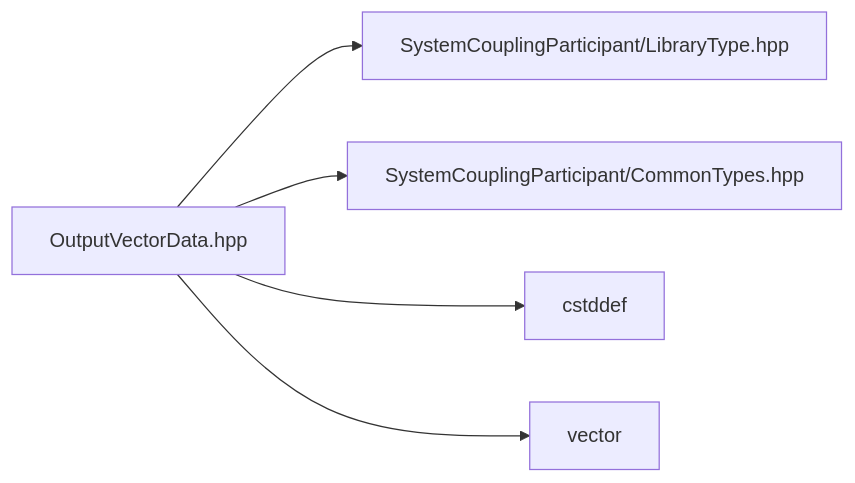
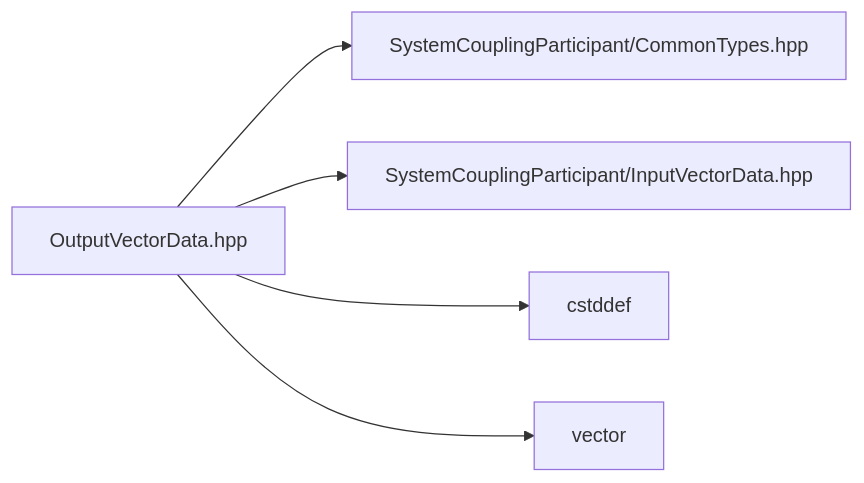
Before and after one commit to ansys/DevRelDocs: the diagram in 2026R1/system-coupling-26-r1/articles/cpp-reference/OutputVectorData_8hpp.md, drawn with Mermaid. The commit also changed other lines of this file and 377 other files, not shown here.

````diff
--- a/2026R1/system-coupling-26-r1/articles/cpp-reference/OutputVectorData_8hpp.md
+++ b/2026R1/system-coupling-26-r1/articles/cpp-reference/OutputVectorData_8hpp.md
@@ -26,18 +27,18 @@
 ```mermaid
 graph LR
-3["SystemCouplingParticipant/CommonTypes.hpp"]
-
 1["OutputVectorData.hpp"]
 click 1 "OutputVectorData_8hpp.md#OutputVectorData_8hpp"
 1 --> 2
 1 --> 3
 1 --> 4
 1 --> 5
 
-5["vector"]
+2["SystemCouplingParticipant/CommonTypes.hpp"]
 
-2["SystemCouplingParticipant/LibraryType.hpp"]
+3["SystemCouplingParticipant/InputVectorData.hpp"]
 
 4["cstddef"]
 
+5["vector"]
+
 ```
````
